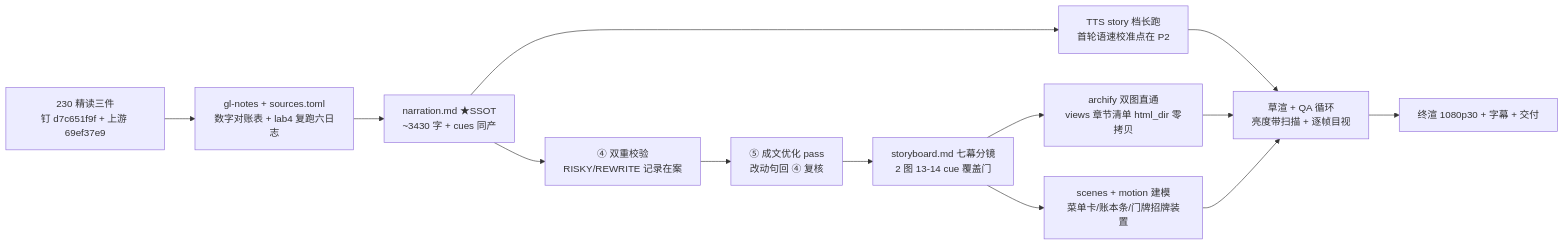
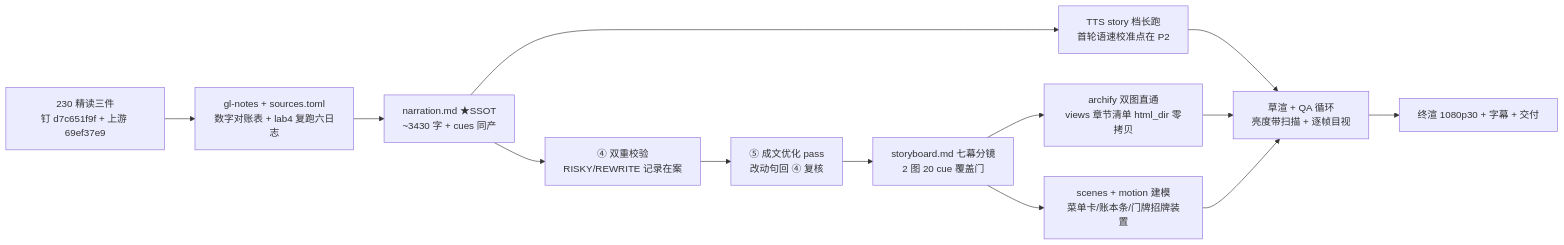
The diagram in apps/negentropy-influence/episodes/agent-skills-video/script/planning.md (ThreeFish-AI/negentropy), drawn with Mermaid before and after one commit. The commit also changed other lines of this file and 12 other files, not shown here.

````diff
--- a/apps/negentropy-influence/episodes/agent-skills-video/script/planning.md
+++ b/apps/negentropy-influence/episodes/agent-skills-video/script/planning.md
@@ -88,13 +88,13 @@
 ```mermaid
 flowchart LR
     A[230 精读三件<br/>钉 d7c651f9f + 上游 69ef37e9] --> B[gl-notes + sources.toml<br/>数字对账表 + lab4 复跑六日志]
     B --> C[narration.md ★SSOT<br/>~3430 字 + cues 同产]
     C --> D[④ 双重校验<br/>RISKY/REWRITE 记录在案]
     D --> E[⑤ 成文优化 pass<br/>改动句回 ④ 复核]
-    E --> F[storyboard.md 七幕分镜<br/>2 图 13-14 cue 覆盖门]
+    E --> F[storyboard.md 七幕分镜<br/>2 图 20 cue 覆盖门]
     C --> G[TTS story 档长跑<br/>首轮语速校准点在 P2]
     F --> H[archify 双图直通<br/>views 章节清单 html_dir 零拷贝]
     F --> I[scenes + motion 建模<br/>菜单卡/账本条/门牌招牌装置]
     G & H & I --> J[草渲 + QA 循环<br/>亮度带扫描 + 逐帧目视]
     J --> K[终渲 1080p30 + 字幕 + 交付]
 ```
````
